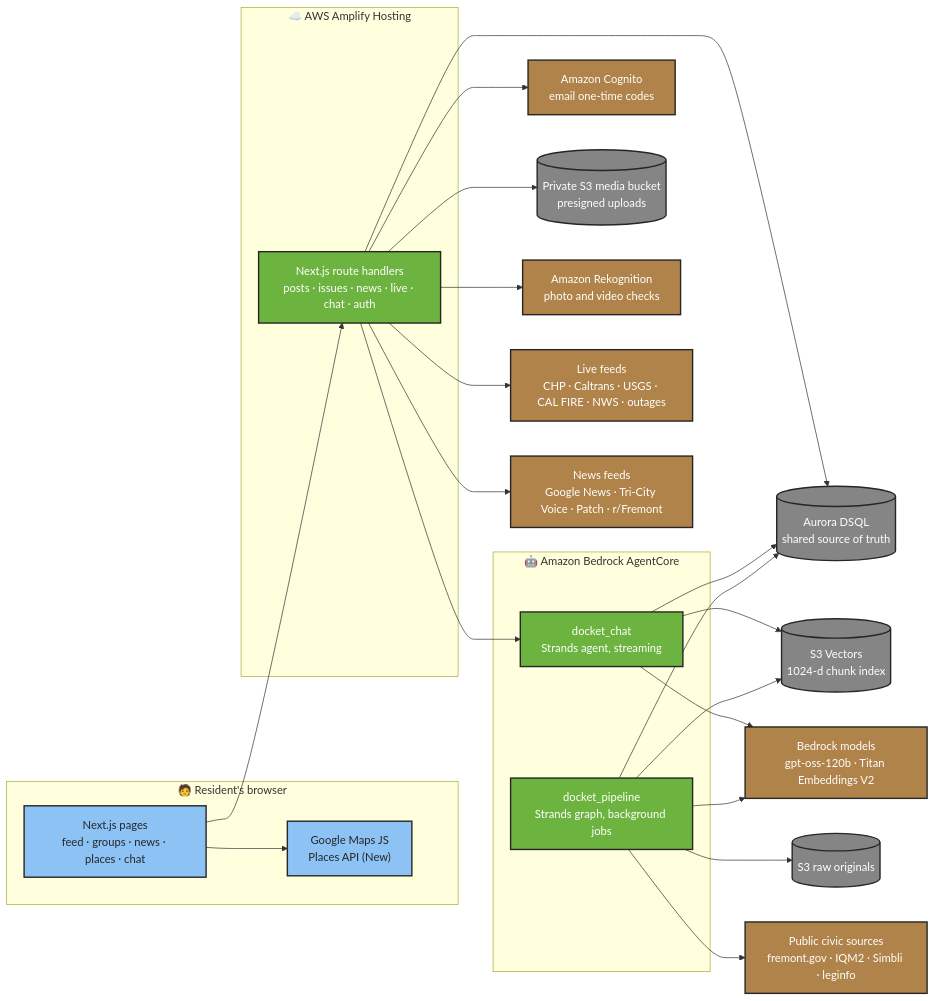
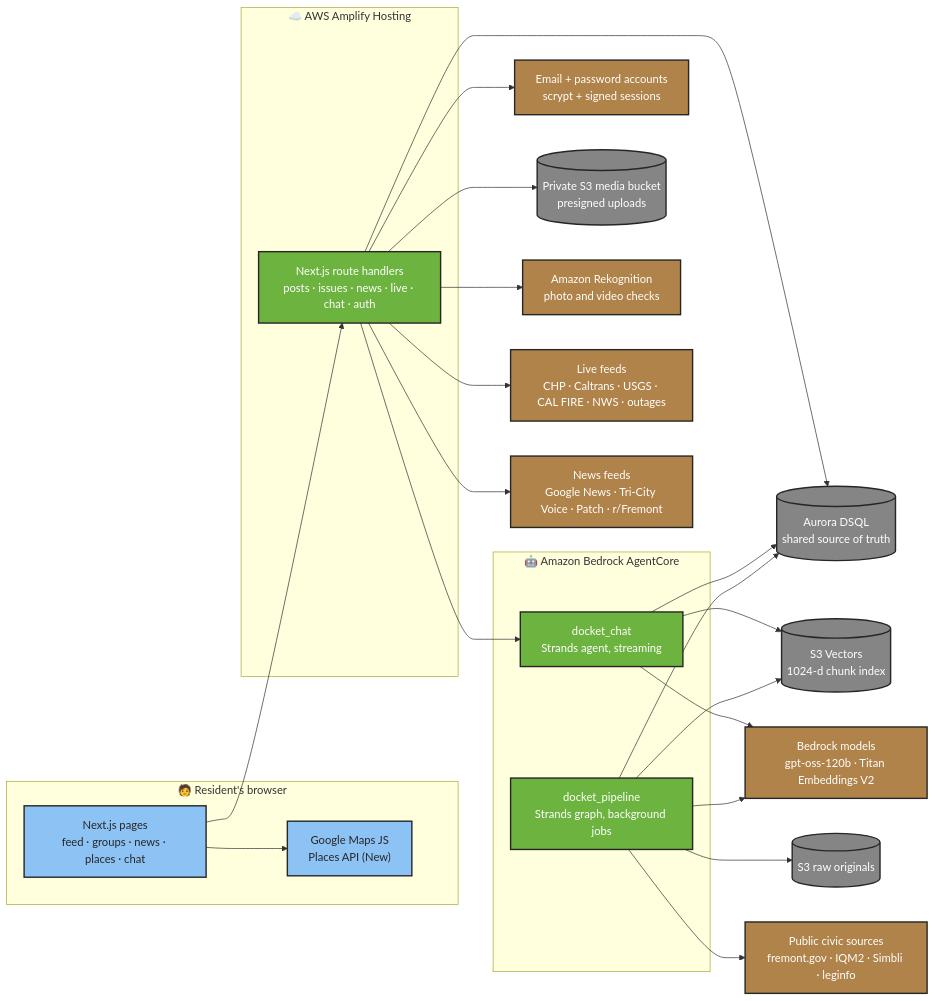
One commit to k1lst1x/DOCKET changed the third of 3 diagrams in README.md. Above: the diagram before and after it, drawn with Mermaid. The commit also changed other lines of this file and 14 other files, not shown here.

````diff
--- a/README.md
+++ b/README.md
@@ -246,44 +246,44 @@
 ```mermaid
 flowchart LR
   subgraph Browser["🧑 Resident's browser"]
     UI["Next.js pages<br/>feed · groups · news · places · chat"]
     GM["Google Maps JS<br/>Places API (New)"]
   end
 
   subgraph Amplify["☁️ AWS Amplify Hosting"]
     API["Next.js route handlers<br/>posts · issues · news · live · chat · auth"]
   end
 
   subgraph Agents["🤖 Amazon Bedrock AgentCore"]
     CHAT["docket_chat<br/>Strands agent, streaming"]
     PIPE["docket_pipeline<br/>Strands graph, background jobs"]
   end
 
   UI --> API
   UI --> GM
-  API --> COG["Amazon Cognito<br/>email one-time codes"]
+  API --> AUTH["Email + password accounts<br/>scrypt + signed sessions"]
   API --> DSQL[("Aurora DSQL<br/>shared source of truth")]
   API --> MEDIA[("Private S3 media bucket<br/>presigned uploads")]
   API --> REK["Amazon Rekognition<br/>photo and video checks"]
   API --> LIVE["Live feeds<br/>CHP · Caltrans · USGS · CAL FIRE · NWS · outages"]
   API --> NEWS["News feeds<br/>Google News · Tri-City Voice · Patch · r/Fremont"]
   API --> CHAT
 
   CHAT --> DSQL
   CHAT --> VEC[("S3 Vectors<br/>1024-d chunk index")]
   CHAT --> LLM["Bedrock models<br/>gpt-oss-120b · Titan Embeddings V2"]
   PIPE --> LLM
   PIPE --> VEC
   PIPE --> RAW[("S3 raw originals")]
   PIPE --> DSQL
   PIPE --> CIVIC["Public civic sources<br/>fremont.gov · IQM2 · Simbli · leginfo"]
 
   classDef grass fill:#6DB33F,stroke:#262626,stroke-width:2px,color:#FFFFFF
   classDef stone fill:#858585,stroke:#262626,stroke-width:2px,color:#FFFFFF
   classDef sky fill:#8DC2F5,stroke:#262626,stroke-width:2px,color:#262626
   classDef wood fill:#B0834A,stroke:#262626,stroke-width:2px,color:#FFFFFF
   class UI,GM sky
   class API,CHAT,PIPE grass
   class DSQL,MEDIA,VEC,RAW stone
-  class COG,REK,LLM,LIVE,NEWS,CIVIC wood
+  class AUTH,REK,LLM,LIVE,NEWS,CIVIC wood
 ```
````
